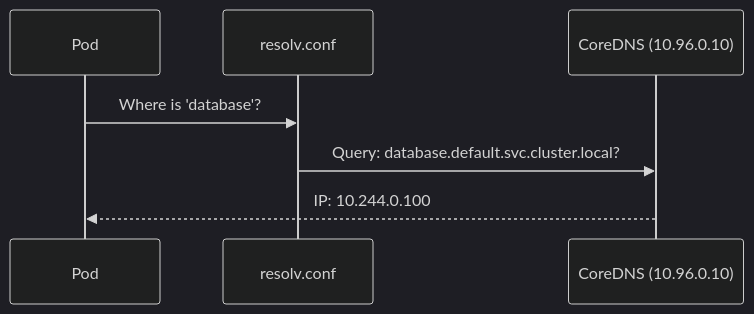
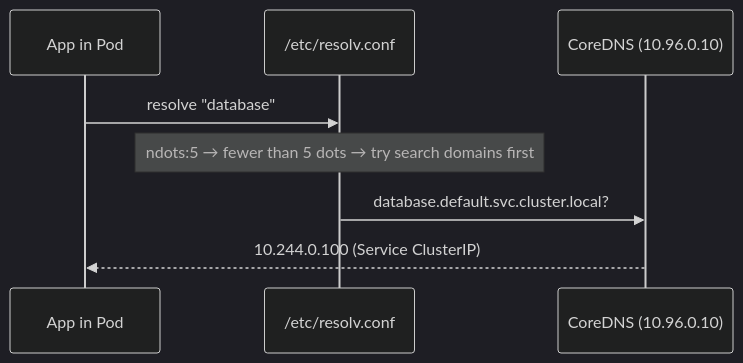
Before and after one commit to vinhnd20/vinhnd4: the tenth of 11 diagrams in blog/2026-03-18-pod/index.md, drawn with Mermaid (dark theme). The commit also changed other lines of this file, not shown here.

````diff
--- a/blog/2026-03-18-pod/index.md
+++ b/blog/2026-03-18-pod/index.md
@@ -774,9 +716,10 @@
 ```mermaid
 sequenceDiagram
-    participant P as Pod
-    participant R as resolv.conf
+    participant App as App in Pod
+    participant Res as /etc/resolv.conf
     participant DNS as CoreDNS (10.96.0.10)
-    P->>R: Where is 'database'?
-    R->>DNS: Query: database.default.svc.cluster.local?
-    DNS-->>P: IP: 10.244.0.100
+    App->>Res: resolve "database"
+    Note over Res: ndots:5 → fewer than 5 dots → try search domains first
+    Res->>DNS: database.default.svc.cluster.local?
+    DNS-->>App: 10.244.0.100 (Service ClusterIP)
 ```
````
